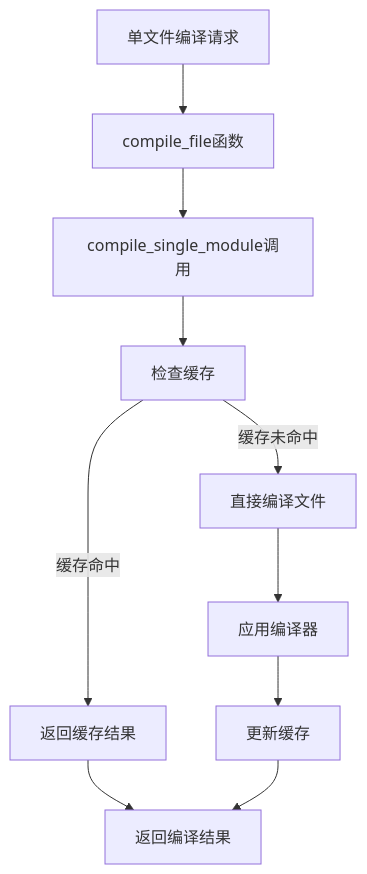
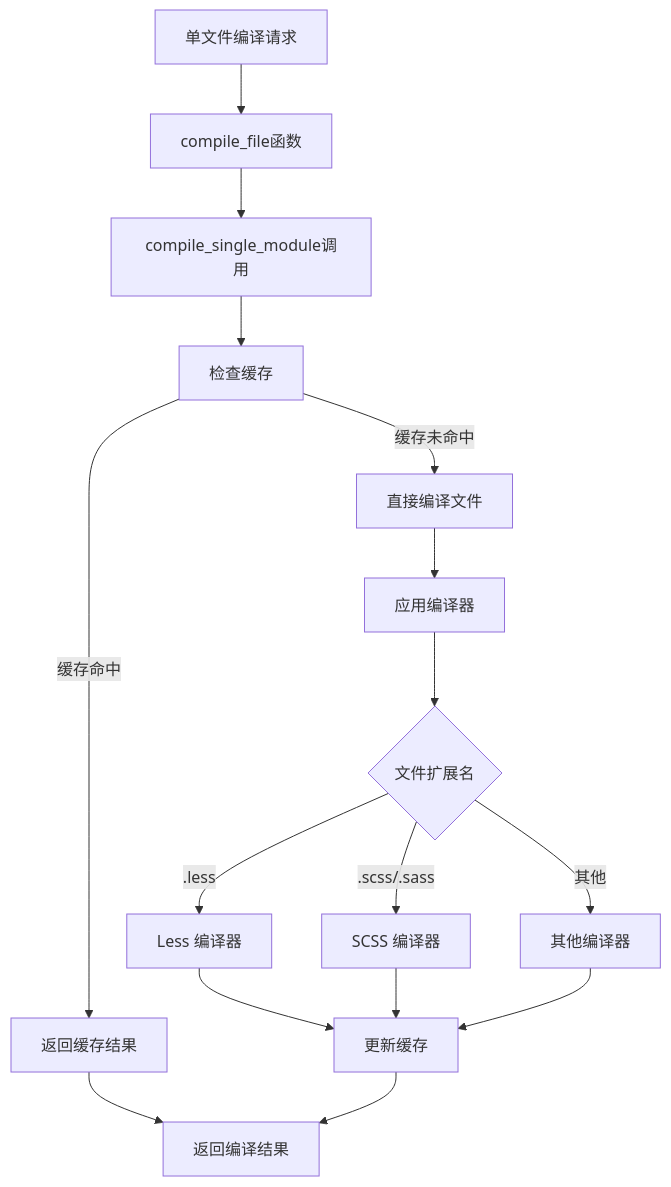
Before and after one commit to itszzl-sudo/iris: diagram 14 of 19 in .qoder/repowiki/zh/content/技术架构详解/JS沙箱运行时/Iris-JetCrab引擎/Vue项目编译器.md, drawn with Mermaid. The commit also changed other lines of this file and 27 other files, not shown here.

````diff
--- a/.qoder/repowiki/zh/content/技术架构详解/JS沙箱运行时/Iris-JetCrab引擎/Vue项目编译器.md
+++ b/.qoder/repowiki/zh/content/技术架构详解/JS沙箱运行时/Iris-JetCrab引擎/Vue项目编译器.md
@@ -506,12 +578,18 @@
 ```mermaid
 flowchart TD
 A[单文件编译请求] --> B[compile_file函数]
 B --> C[compile_single_module调用]
 C --> D[检查缓存]
 D --> |缓存命中| E[返回缓存结果]
 D --> |缓存未命中| F[直接编译文件]
 F --> G[应用编译器]
-G --> H[更新缓存]
-E --> I[返回编译结果]
-H --> I
+G --> H{文件扩展名}
+H --> |.less| I[Less 编译器]
+H --> |.scss/.sass| J[SCSS 编译器]
+H --> |其他| K[其他编译器]
+I --> L[更新缓存]
+J --> L
+K --> L
+E --> M[返回编译结果]
+L --> M
 ```
````
